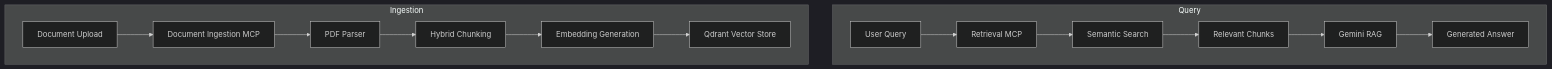
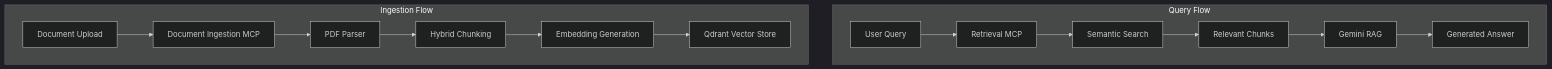
The diagram in README.md (nakul-cloud/Hybrid-Rag-MCP), drawn with Mermaid (dark theme) before and after one commit. The commit also changed other lines of this file and 1 other file, not shown here.

Commit message:
Enhance README files for MCP servers with architecture overview, server details, and directory layout; clarify server responsibilities and tools.

````diff
--- a/README.md
+++ b/README.md
@@ -55,18 +54,24 @@
 ```mermaid
 flowchart TB
-    subgraph Query
-        U[User Query] --> RM[Retrieval MCP]
-        RM --> SS[Semantic Search]
-        SS --> RC[Relevant Chunks]
-        RC --> GR[Gemini RAG]
-        GR --> GA[Generated Answer]
+    subgraph Query Flow
+        U[User Query]
+        RM[Retrieval MCP]
+        SS[Semantic Search]
+        RC[Relevant Chunks]
+        GR[Gemini RAG]
+        GA[Generated Answer]
+
+        U --> RM --> SS --> RC --> GR --> GA
     end
 
-    subgraph Ingestion
-        DU[Document Upload] --> DIM[Document Ingestion MCP]
-        DIM --> PP[PDF Parser]
-        PP --> HC[Hybrid Chunking]
-        HC --> EG[Embedding Generation]
-        EG --> QV[Qdrant Vector Store]
+    subgraph Ingestion Flow
+        DU[Document Upload]
+        DIM[Document Ingestion MCP]
+        PP[PDF Parser]
+        HC[Hybrid Chunking]
+        EG[Embedding Generation]
+        QV[Qdrant Vector Store]
+
+        DU --> DIM --> PP --> HC --> EG --> QV
     end
 ```
````
